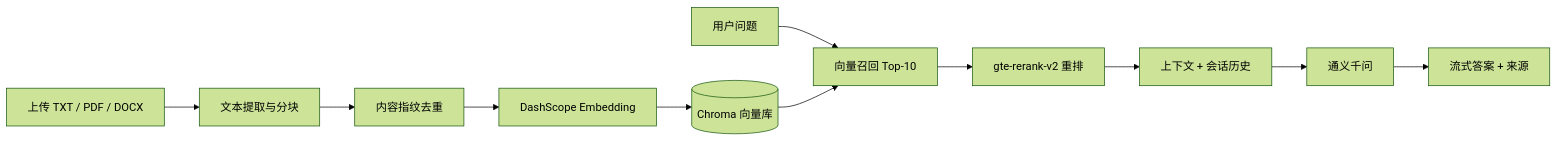
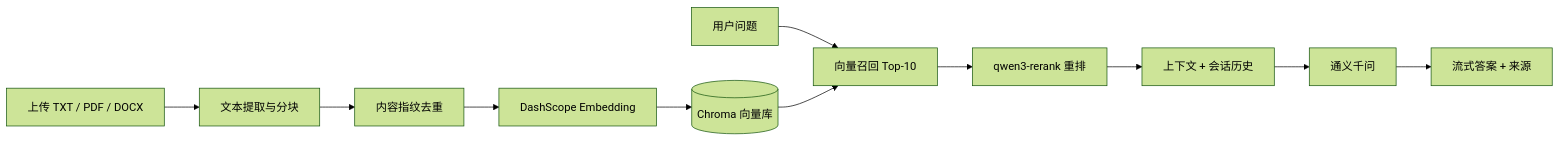
Before and after one commit to DL-DET/industrial-rag-assistant: the diagram in README.md, drawn with Mermaid (forest theme). The commit also changed other lines of this file and 25 other files, not shown here.

````diff
--- a/README.md
+++ b/README.md
@@ -149,13 +238,13 @@
 ```mermaid
 flowchart LR
     A[上传 TXT / PDF / DOCX] --> B[文本提取与分块]
     B --> C[内容指纹去重]
     C --> D[DashScope Embedding]
     D --> E[(Chroma 向量库)]
     F[用户问题] --> G[向量召回 Top-10]
     E --> G
-    G --> R[gte-rerank-v2 重排]
+    G --> R[qwen3-rerank 重排]
     R --> H[上下文 + 会话历史]
     H --> I[通义千问]
     I --> J[流式答案 + 来源]
 ```
````
